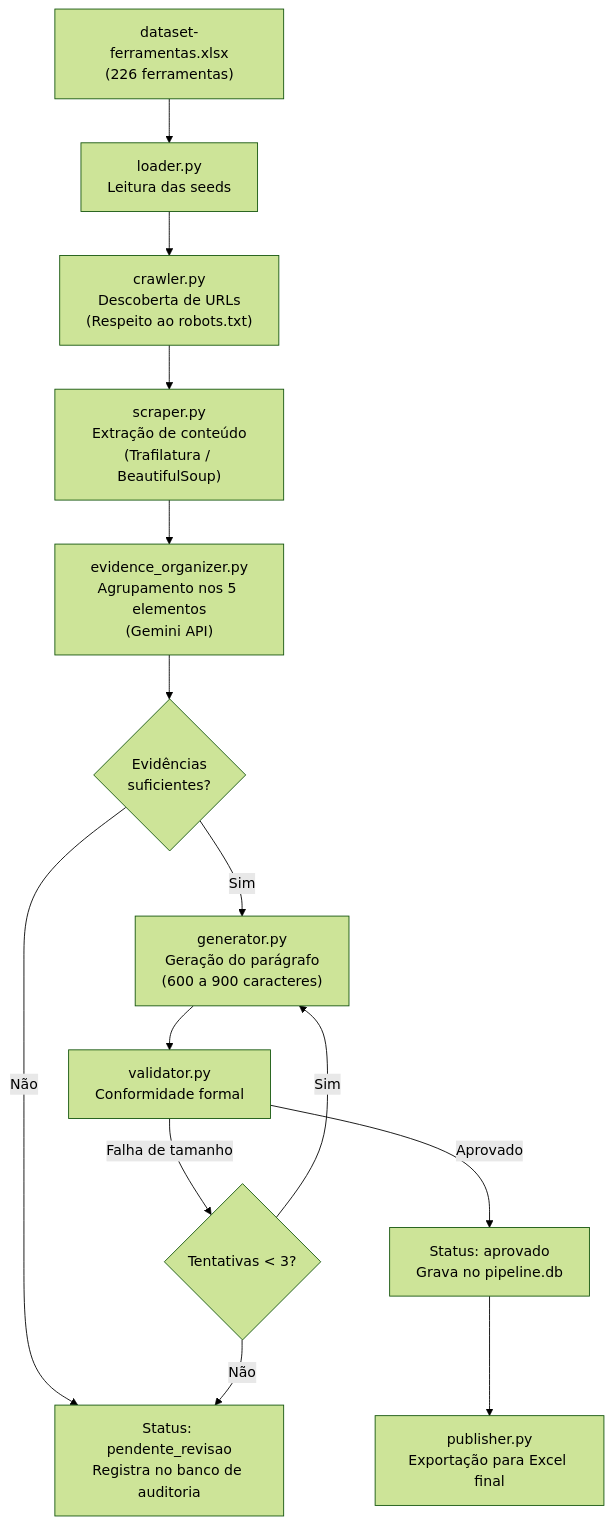
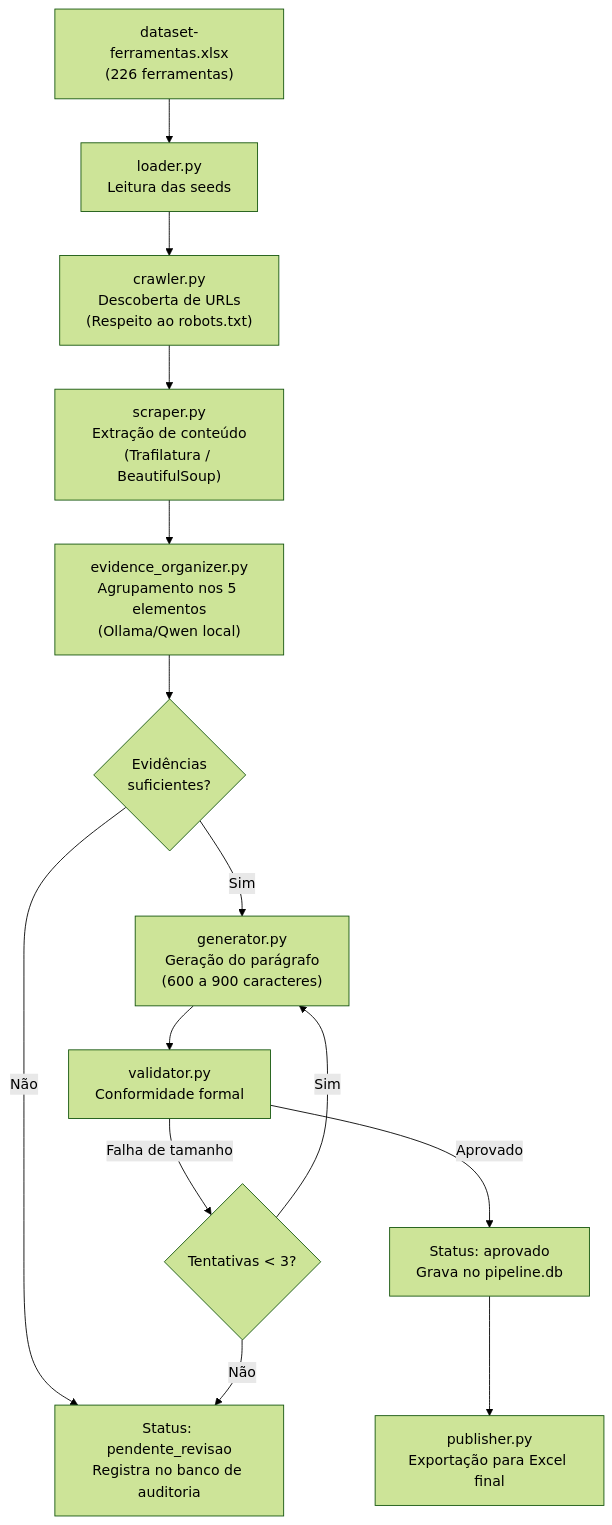
The diagram in README.md (brunomarafiga/webcrawler-tool-context), drawn with Mermaid (forest theme) before and after one commit. The commit also changed other lines of this file, not shown here.

Commit message:
docs: document Ollama-only workflow

````diff
--- a/README.md
+++ b/README.md
@@ -150,16 +144,16 @@
 ```mermaid
 flowchart TD
     A["dataset-ferramentas.xlsx\n(226 ferramentas)"] --> B["loader.py\nLeitura das seeds"]
     B --> C["crawler.py\nDescoberta de URLs\n(Respeito ao robots.txt)"]
     C --> D["scraper.py\nExtração de conteúdo\n(Trafilatura / BeautifulSoup)"]
-    D --> E["evidence_organizer.py\nAgrupamento nos 5 elementos\n(Gemini API)"]
+   D --> E["evidence_organizer.py\nAgrupamento nos 5 elementos\n(Ollama/Qwen local)"]
     E --> F{"Evidências\nsuficientes?"}
     F -- Não --> G["Status: pendente_revisao\nRegistra no banco de auditoria"]
     F -- Sim --> H["generator.py\nGeração do parágrafo\n(600 a 900 caracteres)"]
     H --> I["validator.py\nConformidade formal"]
     I -- Aprovado --> J["Status: aprovado\nGrava no pipeline.db"]
     I -- Falha de tamanho --> K{"Tentativas < 3?"}
     K -- Sim --> H
     K -- Não --> G
     J --> L["publisher.py\nExportação para Excel final"]
 ```
````
